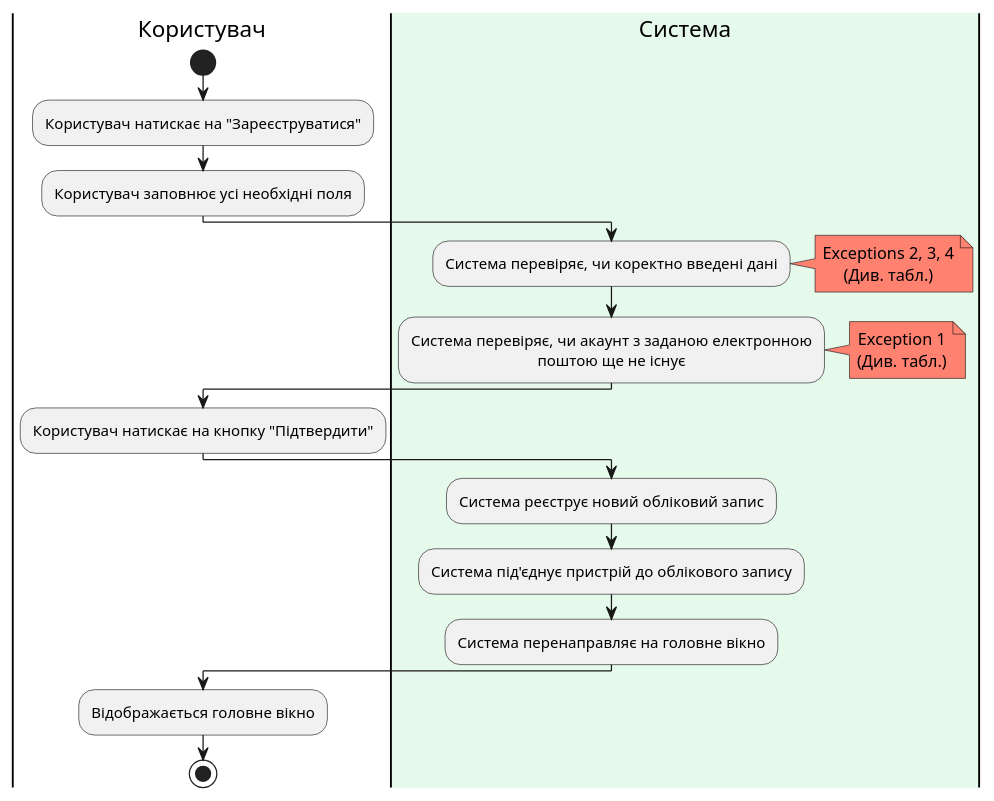
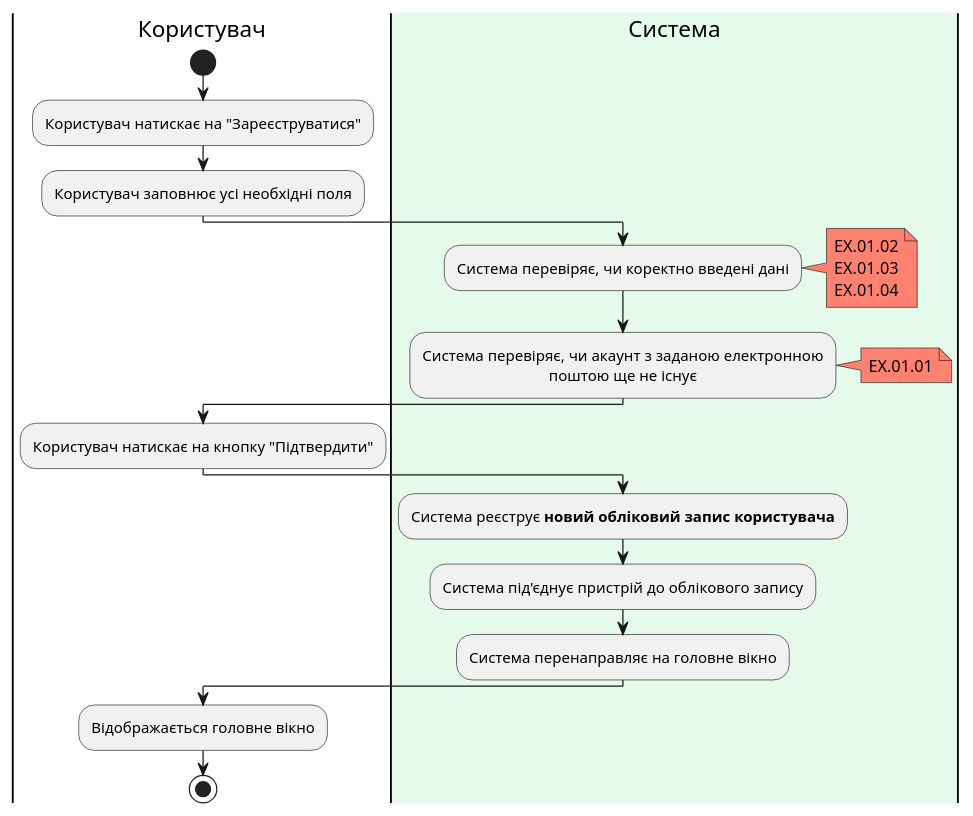
The sixth of 16 diagrams in docs/use_cases.md (generalmaks/db_labs), drawn with PlantUML before and after one commit. The commit also changed other lines of this file, not shown here.

Commit message:
Update activity diagram of CreateUserAccount

````diff
--- a/docs/use_cases.md
+++ b/docs/use_cases.md
@@ -310,37 +310,37 @@
 ```plantuml
 @startuml
 |Користувач|
 start
 skinparam defaultTextAlignment center
 
 |Користувач|
 :Користувач натискає на "Зареєструватися";
 :Користувач заповнює усі необхідні поля;
 
 |#e6faec|Система|
 :Система перевіряє, чи коректно введені дані;
 note right #ff8170
-Exceptions 2, 3, 4
-(Див. табл.)
+EX.01.02
+EX.01.03
+EX.01.04
 end note
 
 :Система перевіряє, чи акаунт з заданою електронною 
 поштою ще не існує;
 note right #ff8170
-Exception 1
-(Див. табл.)
+EX.01.01
 end note
 
 |Користувач|
 :Користувач натискає на кнопку "Підтвердити";
 
 |#e6faec|Система|
-:Система реєструє новий обліковий запис;
+:Система реєструє **новий обліковий запис користувача**;
 :Система під'єднує пристрій до облікового запису; 
 :Система перенаправляє на головне вікно;
 
 |Користувач|
 :Відображається головне вікно;
 stop
-@enduml
+@enduml 
 ```
````
